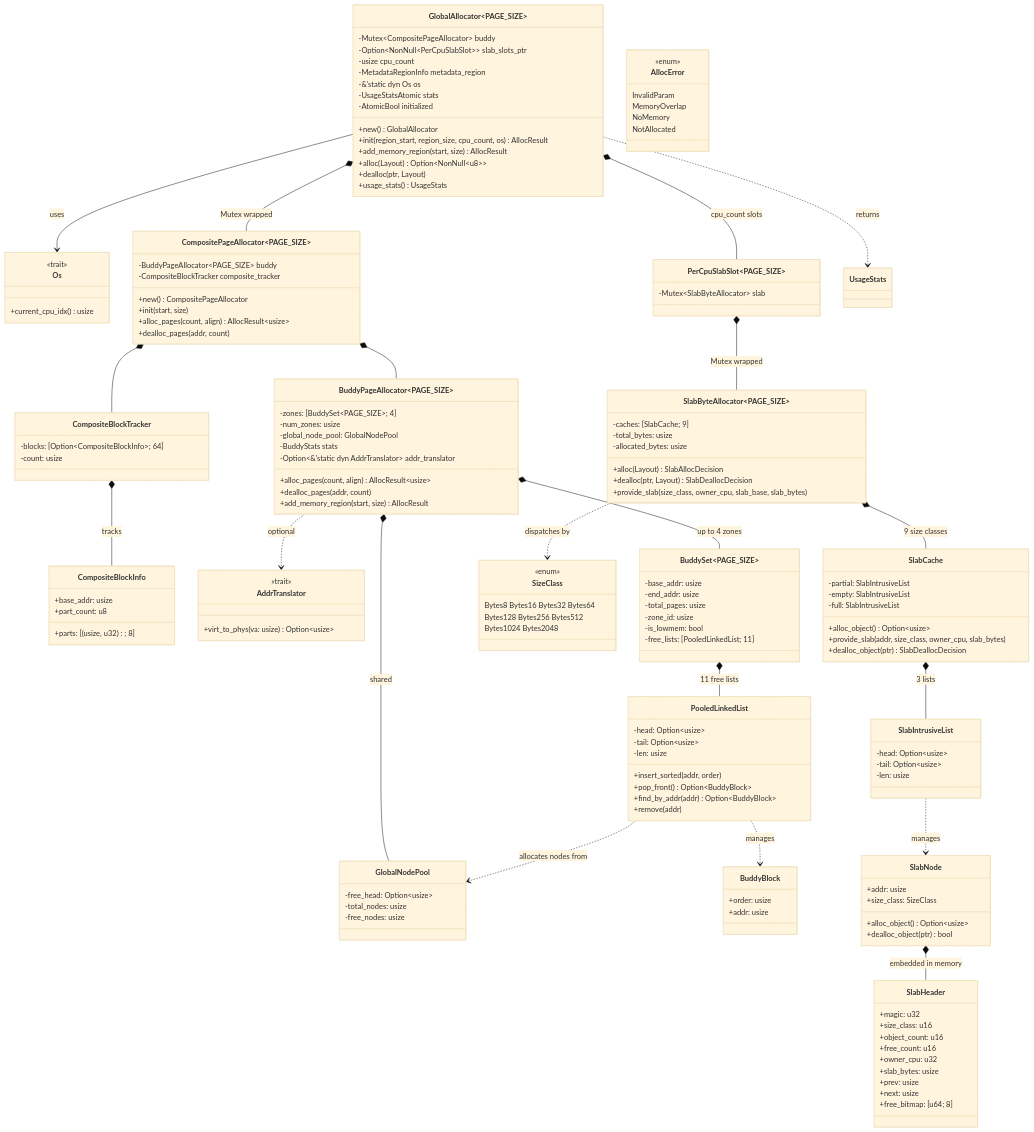
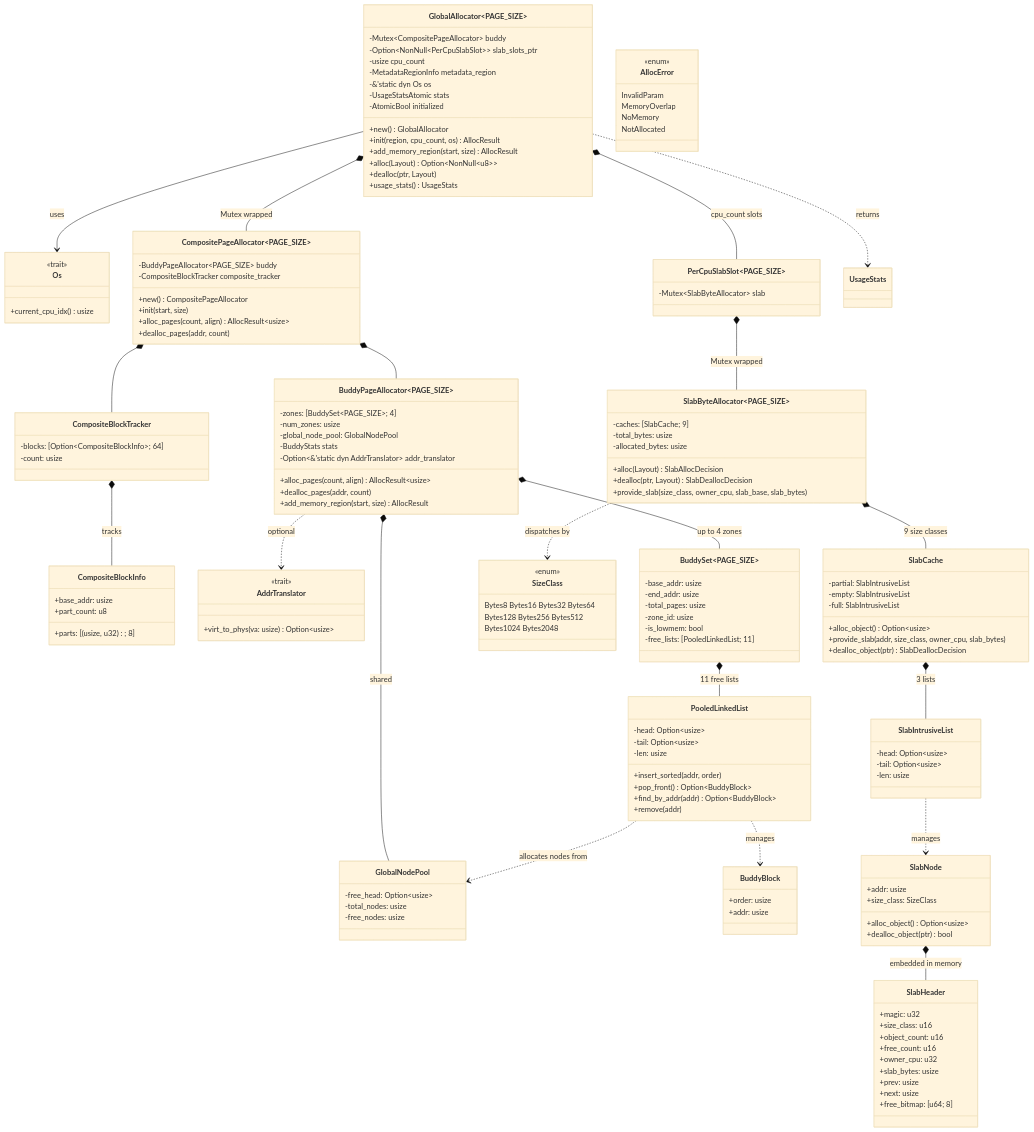
Before and after one commit to arceos-hypervisor/buddy-slab-allocator: the first of 2 diagrams in README.md, drawn with Mermaid (base theme). The commit also changed other lines of this file and 5 other files, not shown here.

Commit message:
refactor: update allocator initialization to use a mutable slice instead of separate start and size parameters

```diff
--- a/README.md
+++ b/README.md
@@ -23,7 +23,7 @@
         -UsageStatsAtomic stats
         -AtomicBool initialized
         +new() GlobalAllocator
-        +init(region_start, region_size, cpu_count, os) AllocResult
+        +init(region, cpu_count, os) AllocResult
         +add_memory_region(start, size) AllocResult
         +alloc(Layout) Option~NonNull~u8~~
         +dealloc(ptr, Layout)
```
